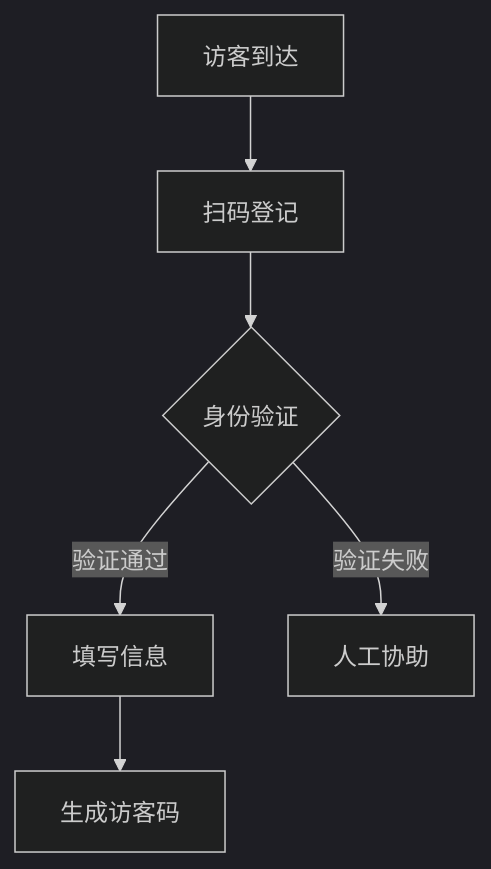
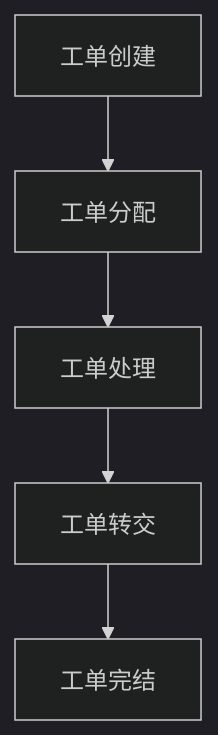
The diagram in devel/requirement.md (yuhaibao39/n8ndeploy), drawn with Mermaid (dark theme) before and after one commit. The commit also changed other lines of this file, not shown here.

````diff
--- a/devel/requirement.md
+++ b/devel/requirement.md
@@ -20,8 +24,7 @@
 ```mermaid
 graph TD
-    A[访客到达] --> B[扫码登记]
-    B --> C{身份验证}
-    C -->|验证通过| D[填写信息]
-    C -->|验证失败| E[人工协助]
-    D --> F[生成访客码]
+    A[工单创建] --> B[工单分配]
+    B --> C[工单处理]
+    C --> D[工单转交]
+    D --> E[工单完结]
 ```
````
